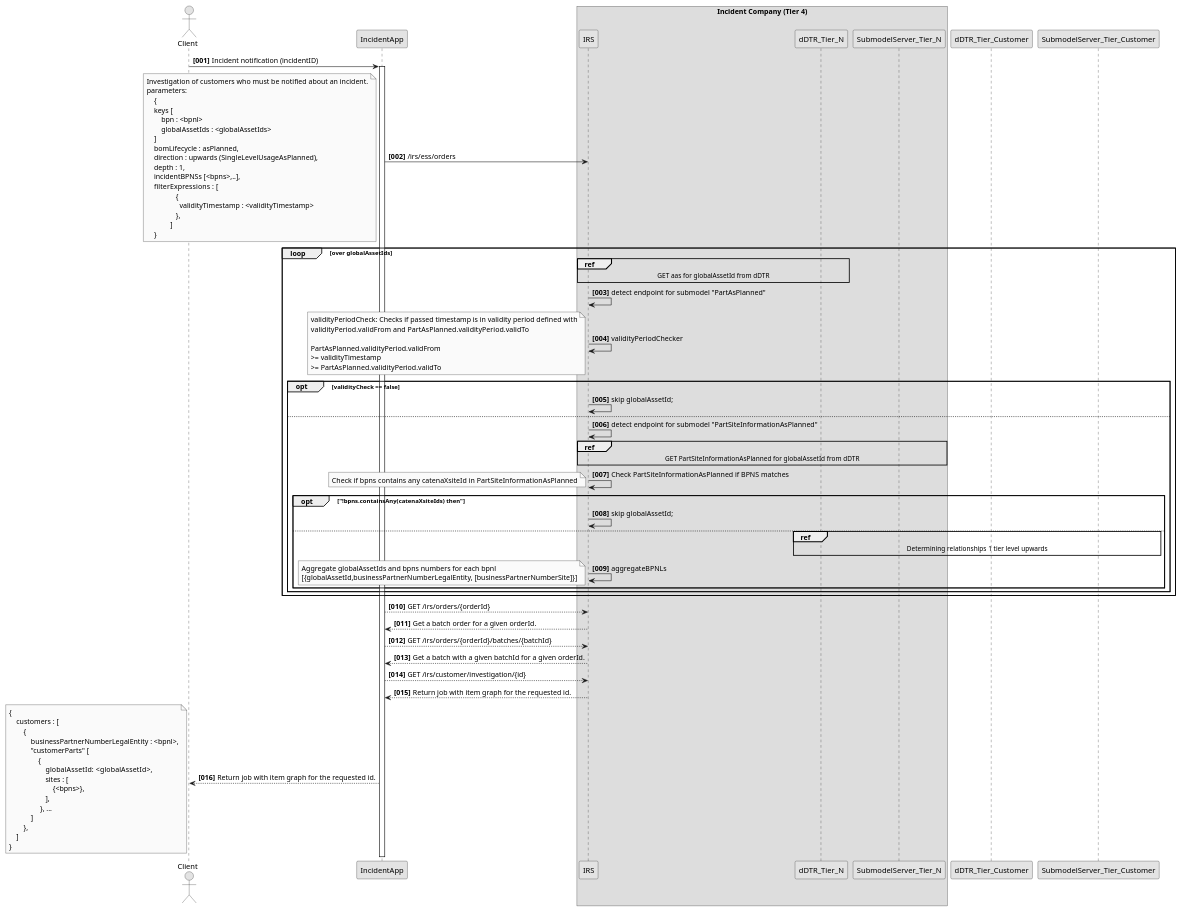
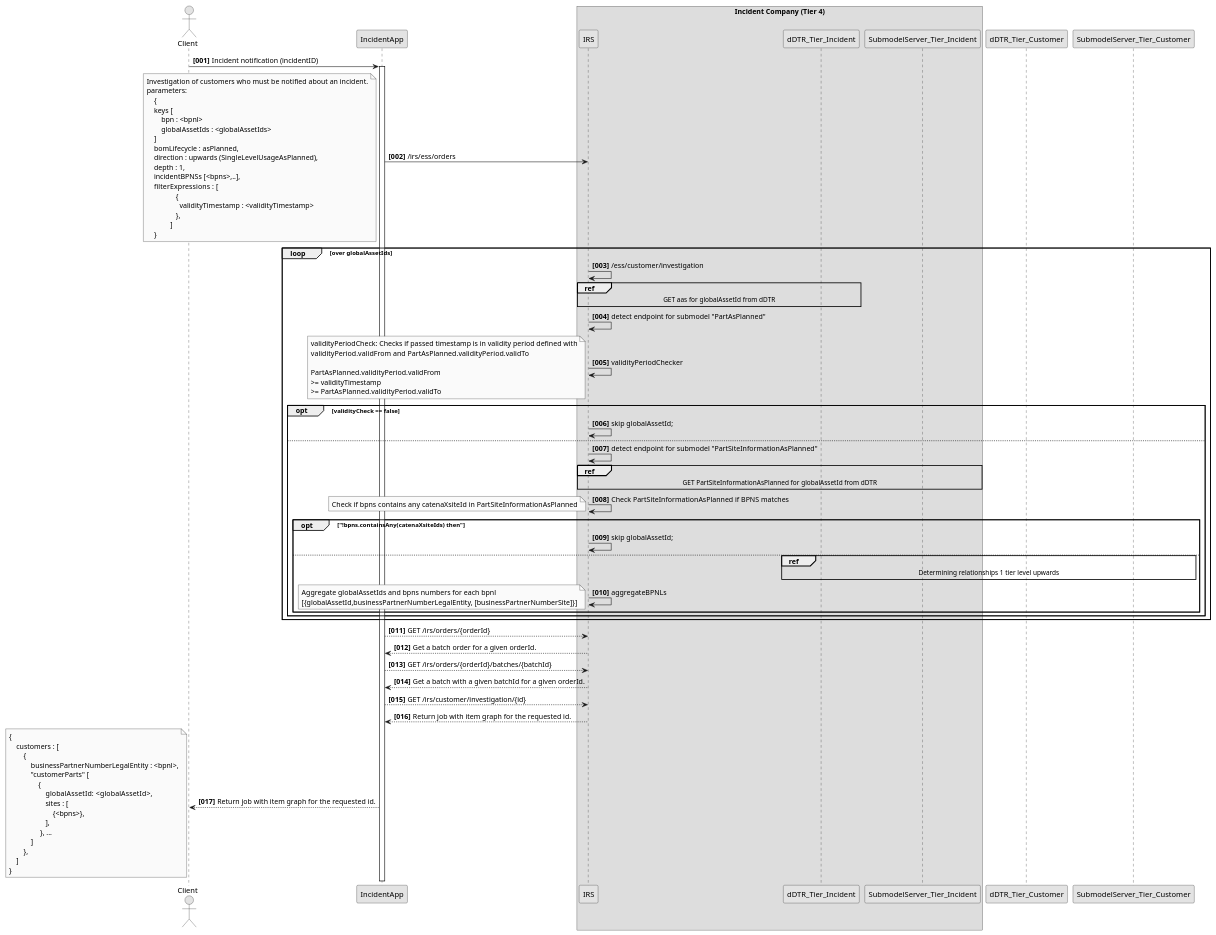
The diagram in docs/src/uml-diagrams/irs-recursive/ess-bottom-up/sequence/ess-bottom-up-sequence-originator-highlevel.puml (eclipse-tractusx/item-relationship-service), drawn with PlantUML before and after one commit. The commit also changed 2 other files, not shown here.

Commit message:
fix(diagram):[TRI-1715] update concepts

```diff
--- a/docs/src/uml-diagrams/irs-recursive/ess-bottom-up/sequence/ess-bottom-up-sequence-originator-highlevel.puml
+++ b/docs/src/uml-diagrams/irs-recursive/ess-bottom-up/sequence/ess-bottom-up-sequence-originator-highlevel.puml
@@ -1,110 +1,111 @@
 @startuml
 skinparam monochrome true
 skinparam shadowing false
 skinparam defaultFontName "Architects daughter"
 
 autonumber "<b>[000]"
 
 actor "Client" as User
 
 
 User -> IncidentApp : Incident notification (incidentID)
 activate IncidentApp
 
 box Incident Company (Tier 4)
 participant "IRS" as IRS_Tier_N
-participant "dDTR_Tier_N" as dDTR_Tier_N
-participant "SubmodelServer_Tier_N" as SubmodelServer_Tier_N
+participant "dDTR_Tier_Incident" as dDTR_Tier_N
+participant "SubmodelServer_Tier_Incident" as SubmodelServer_Tier_N
 end box
 
 IncidentApp -> IRS_Tier_N : /irs/ess/orders
     note left
         Investigation of customers who must be notified about an incident.
         parameters:
             {
             keys [
                 bpn : <bpnl>
                 globalAssetIds : <globalAssetIds>
             ]
             bomLifecycle : asPlanned,
             direction : upwards (SingleLevelUsageAsPlanned),
             depth : 1,
             incidentBPNSs [<bpns>,..],
             filterExpressions :  [
                         {
                           validityTimestamp : <validityTimestamp>
                         },
                      ]
             }
     end note
 
     loop over globalAssetIds
+            IRS_Tier_N -> IRS_Tier_N : /ess/customer/investigation
             ref over IRS_Tier_N, dDTR_Tier_N
                 GET aas for globalAssetId from dDTR
             end ref
             IRS_Tier_N -> IRS_Tier_N : detect endpoint for submodel "PartAsPlanned"
             IRS_Tier_N -> IRS_Tier_N : validityPeriodChecker
                              note left
                                  validityPeriodCheck: Checks if passed timestamp is in validity period defined with
                                  validityPeriod.validFrom and  PartAsPlanned.validityPeriod.validTo
 
                                  PartAsPlanned.validityPeriod.validFrom
                                  >= validityTimestamp
                                  >= PartAsPlanned.validityPeriod.validTo
                              end note
             opt validityCheck == false
                 IRS_Tier_N -> IRS_Tier_N : skip globalAssetId;
             else
                 IRS_Tier_N -> IRS_Tier_N : detect endpoint for submodel "PartSiteInformationAsPlanned"
                 ref over IRS_Tier_N, SubmodelServer_Tier_N
                      GET PartSiteInformationAsPlanned for globalAssetId from dDTR
                 end ref
                 IRS_Tier_N -> IRS_Tier_N : Check PartSiteInformationAsPlanned if BPNS matches
                 note left
                     Check if bpns contains any catenaXsiteId  in PartSiteInformationAsPlanned
                 end note
                 opt "!bpns.containsAny(catenaXsiteIds) then"
                     IRS_Tier_N -> IRS_Tier_N : skip globalAssetId;
                 else
 
                      ref over dDTR_Tier_N, dDTR_Tier_Customer, SubmodelServer_Tier_Customer
                          Determining relationships 1 tier level upwards
                      end ref
 
 
 
                      IRS_Tier_N -> IRS_Tier_N : aggregateBPNLs
                         note left
                             Aggregate globalAssetIds and bpns numbers for each bpnl
                             [{globalAssetId,businessPartnerNumberLegalEntity, [businessPartnerNumberSite]}]
                         end note
                 end opt
             end opt
     end loop
 
     IncidentApp --> IRS_Tier_N : GET /irs/orders/{orderId}
     IncidentApp <-- IRS_Tier_N : Get a batch order for a given orderId.
     IncidentApp --> IRS_Tier_N : GET /irs/orders/{orderId}/batches/{batchId}
     IncidentApp <-- IRS_Tier_N : Get a batch with a given batchId for a given orderId.
     IncidentApp --> IRS_Tier_N : GET /irs/customer/investigation/{id}
     IncidentApp <-- IRS_Tier_N : Return job with item graph for the requested id.
     User <-- IncidentApp : Return job with item graph for the requested id.
       note left
             {
                 customers : [
                     {
                         businessPartnerNumberLegalEntity : <bpnl>,
                         "customerParts" [
                             {
                                 globalAssetId:   <globalAssetId>,
                                 sites : [
                                     {<bpns>},
                                 ],
                              }, ...
                         ]
                     },
                 ]
             }
         end note
 
 @enduml
```
